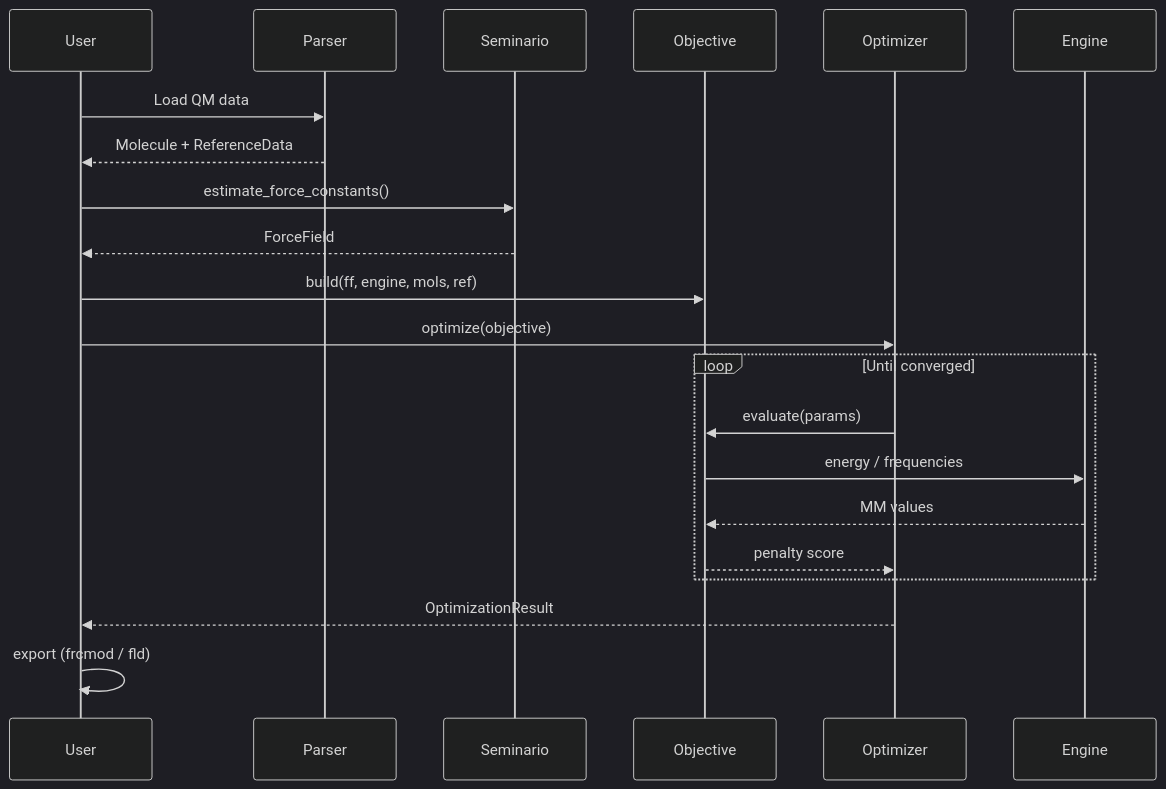
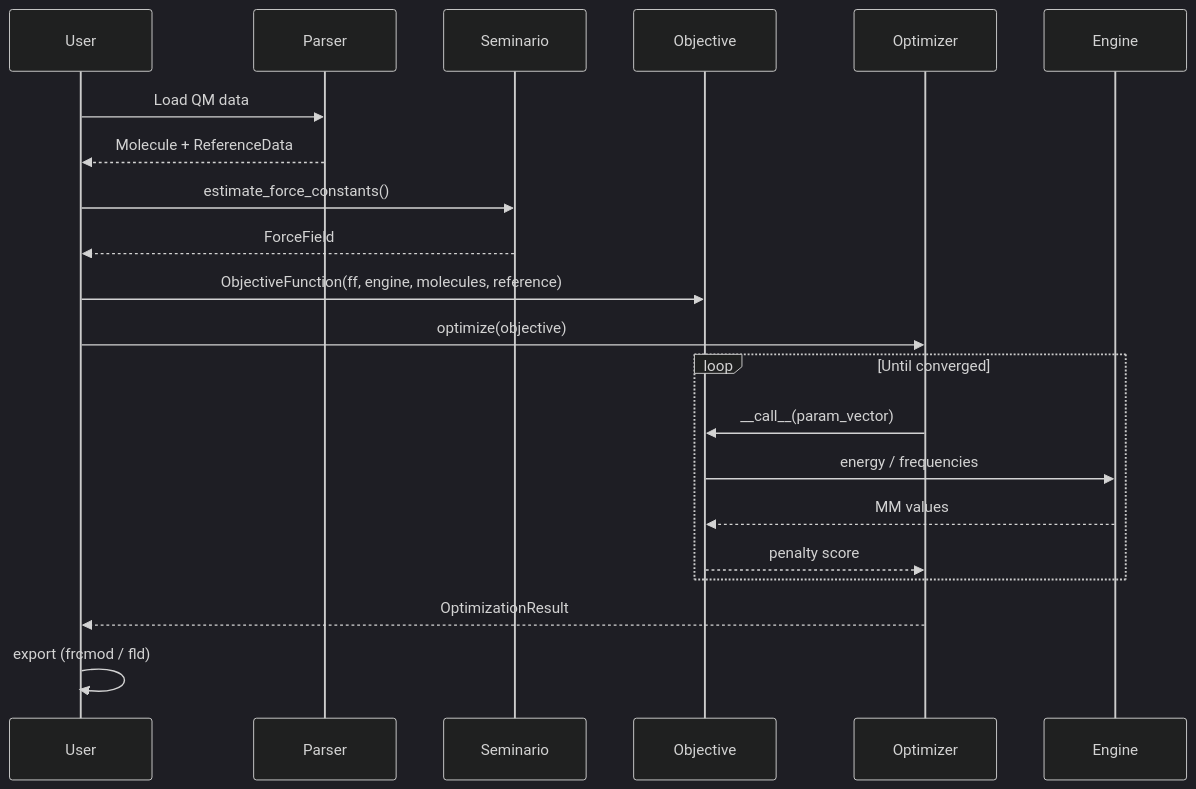
The second of 2 diagrams in docs/architecture.md (ericchansen/q2mm), drawn with Mermaid (dark theme) before and after one commit.

Commit message:
fix: address PR #163 review — update diagram API names

````diff
--- a/docs/architecture.md
+++ b/docs/architecture.md
@@ -260,28 +260,28 @@
 ```mermaid
 sequenceDiagram
     participant User
     participant Parser
     participant Seminario
     participant Objective
     participant Optimizer
     participant Engine
 
     User->>Parser: Load QM data
     Parser-->>User: Molecule + ReferenceData
 
     User->>Seminario: estimate_force_constants()
     Seminario-->>User: ForceField
 
-    User->>Objective: build(ff, engine, mols, ref)
+    User->>Objective: ObjectiveFunction(ff, engine, molecules, reference)
 
     User->>Optimizer: optimize(objective)
     loop Until converged
-        Optimizer->>Objective: evaluate(params)
+        Optimizer->>Objective: __call__(param_vector)
         Objective->>Engine: energy / frequencies
         Engine-->>Objective: MM values
         Objective-->>Optimizer: penalty score
     end
     Optimizer-->>User: OptimizationResult
 
     User->>User: export (frcmod / fld)
 ```
````
